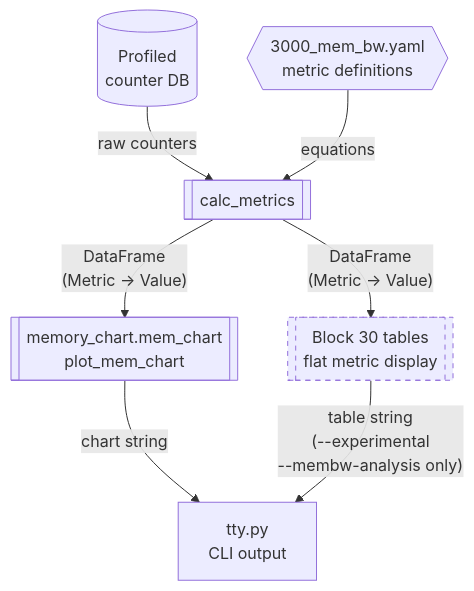
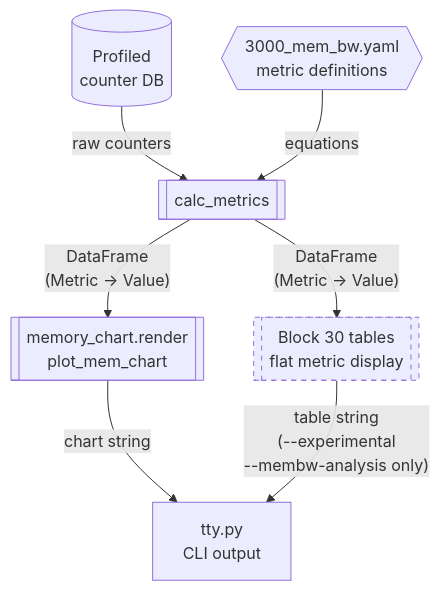
Before and after one commit to ROCm/rocm-systems: the first of 3 diagrams in projects/rocprofiler-compute/docs/design/hld-membw-guided-analysis-in-memchart.md, drawn with Mermaid. The commit also changed other lines of this file and 8 other files, not shown here.

First line of the commit message:
refactor(rocprofiler-compute): rename mem_chart.py to render.py

````diff
--- a/projects/rocprofiler-compute/docs/design/hld-membw-guided-analysis-in-memchart.md
+++ b/projects/rocprofiler-compute/docs/design/hld-membw-guided-analysis-in-memchart.md
@@ -204,16 +204,16 @@
 ```mermaid
 flowchart TD
     DB[(Profiled<br/>counter DB)]
     B30{{3000_mem_bw.yaml<br/>metric definitions}}
 
     DB -- raw counters --> CALC[[calc_metrics]]
     B30 -- equations --> CALC
 
-    CALC -- "DataFrame<br/>(Metric -> Value)" --> MC[[memory_chart.mem_chart<br/>plot_mem_chart]]
+    CALC -- "DataFrame<br/>(Metric -> Value)" --> MC[[memory_chart.render<br/>plot_mem_chart]]
     CALC -- "DataFrame<br/>(Metric -> Value)" --> B30T[[Block 30 tables<br/>flat metric display]]
 
     MC -- chart string --> TTY[tty.py<br/>CLI output]
     B30T -- "table string<br/>(--experimental<br/>--membw-analysis only)" --> TTY
 
     style B30T stroke-dasharray: 5 5
 ```
````
